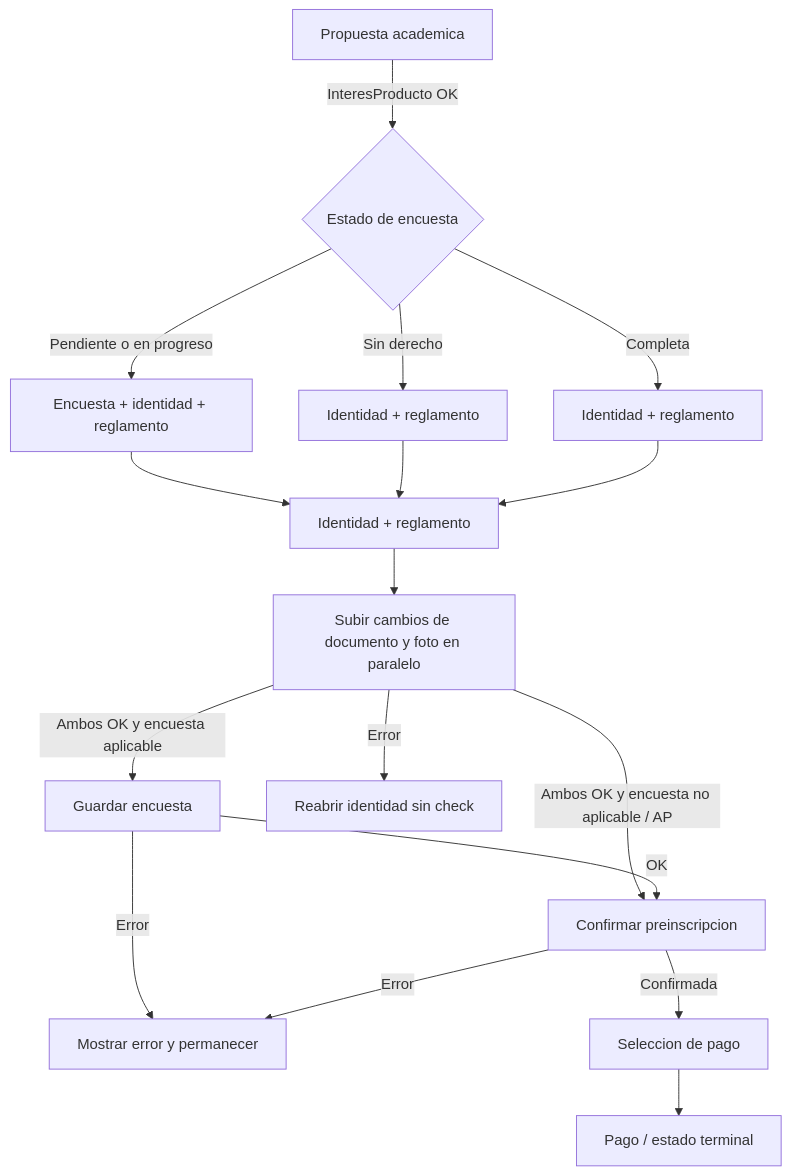
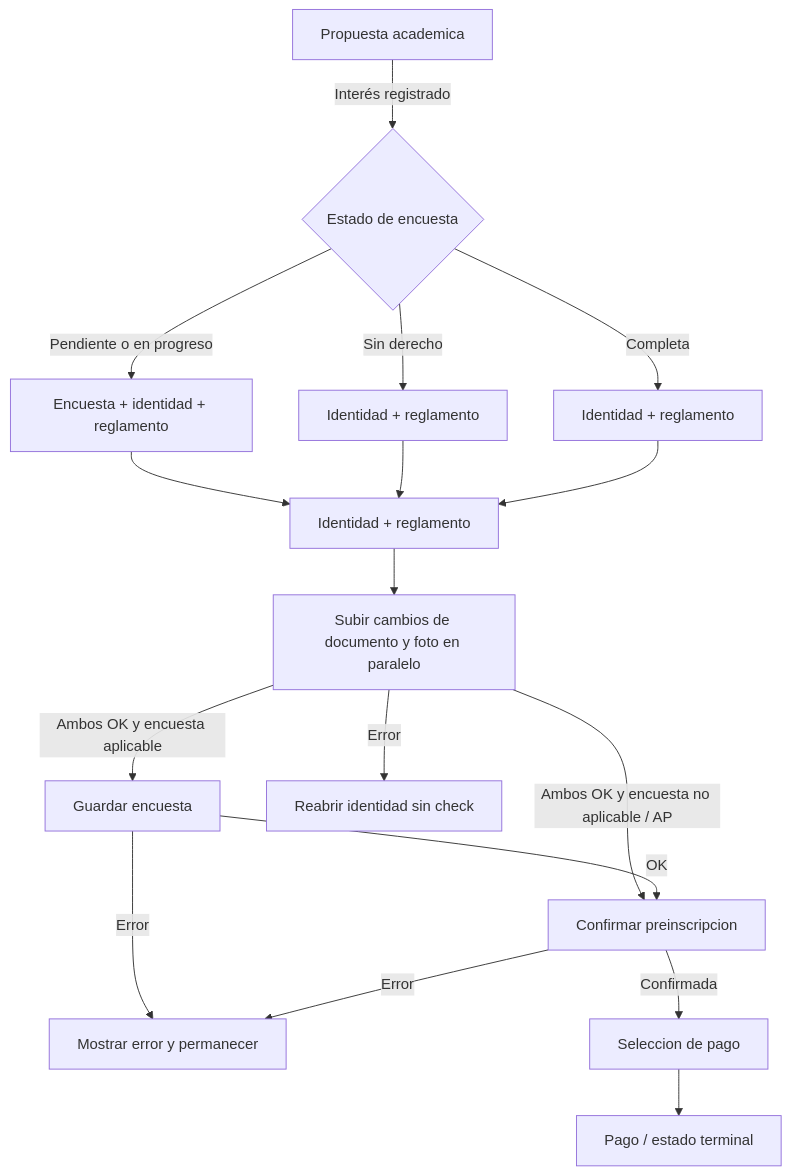
The first of 2 diagrams in docs/flujos/inscripciones.md (DesarrolloORT/admisiones-mono), drawn with Mermaid before and after one commit. The commit also changed other lines of this file and 89 other files, not shown here.

````diff
--- a/docs/flujos/inscripciones.md
+++ b/docs/flujos/inscripciones.md
@@ -80,19 +80,19 @@
 ```mermaid
 flowchart TD
-  A[Propuesta academica] -->|InteresProducto OK| B{Estado de encuesta}
+  A[Propuesta academica] -->|Interés registrado| B{Estado de encuesta}
   B -->|Pendiente o en progreso| C[Encuesta + identidad + reglamento]
   B -->|Sin derecho| D[Identidad + reglamento]
   B -->|Completa| E[Identidad + reglamento]
   C --> F[Identidad + reglamento]
   D --> F
   E --> F
   F --> G[Subir cambios de documento y foto en paralelo]
   G -->|Ambos OK y encuesta aplicable| H[Guardar encuesta]
   G -->|Ambos OK y encuesta no aplicable / AP| I
   G -->|Error| M[Reabrir identidad sin check]
   H -->|OK| I[Confirmar preinscripcion]
   H -->|Error| K[Mostrar error y permanecer]
   I -->|Confirmada| J[Seleccion de pago]
   I -->|Error| K[Mostrar error y permanecer]
   J --> L[Pago / estado terminal]
 ```
````
